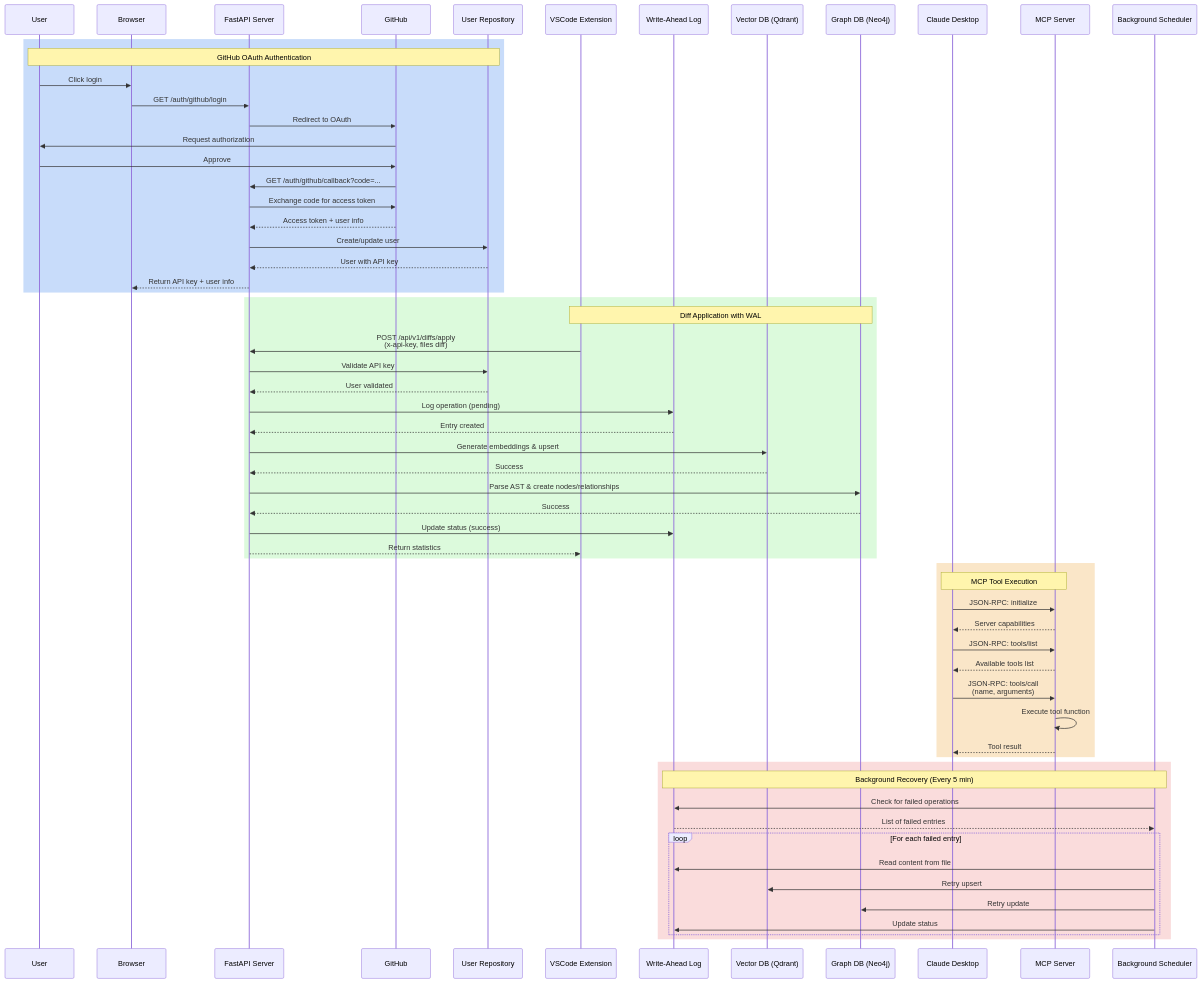
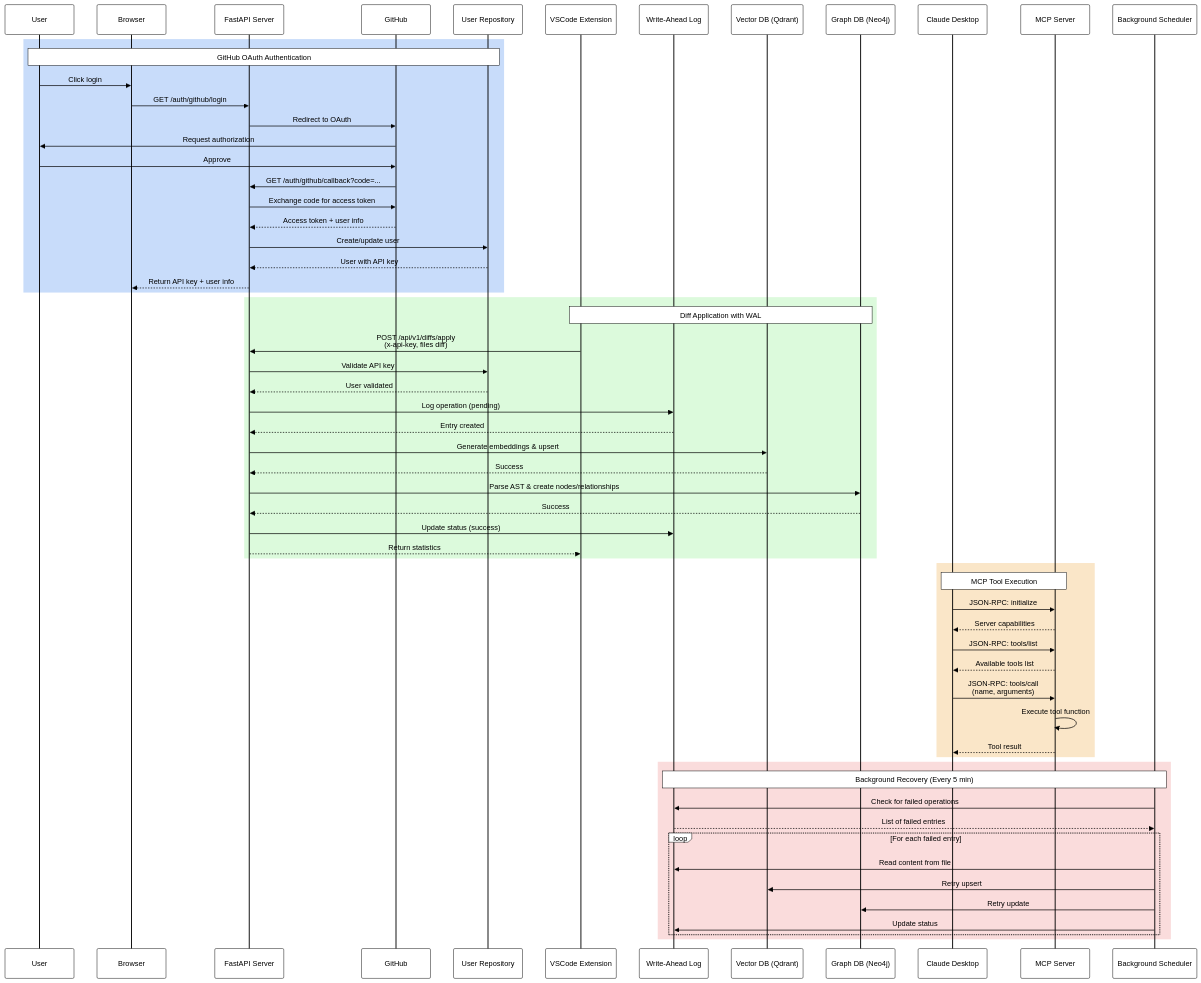
Before and after one commit to KONKUK-CLOG/ai-repo: the first of 2 diagrams in DIAGRAMS.md, drawn with Mermaid. The commit also changed other lines of this file, not shown here.

Commit message:
refactor: class diagram 추가

````diff
--- a/DIAGRAMS.md
+++ b/DIAGRAMS.md
@@ -9,72 +9,73 @@
 ```mermaid
+%%{init: {'theme':'base', 'themeVariables': { 'primaryColor':'#fff', 'primaryTextColor':'#000', 'primaryBorderColor':'#000', 'lineColor':'#000', 'secondaryColor':'#f0f0f0', 'tertiaryColor':'#fff', 'noteTextColor':'#000', 'noteBkgColor':'#fff', 'noteBorderColor':'#000', 'actorTextColor':'#000', 'actorLineColor':'#000', 'signalColor':'#000', 'signalTextColor':'#000', 'labelBoxBkgColor':'#fff', 'labelBoxBorderColor':'#000', 'labelTextColor':'#000', 'loopTextColor':'#000', 'activationBorderColor':'#000', 'activationBkgColor':'#f0f0f0', 'sequenceNumberColor':'#000'}}}%%
 sequenceDiagram
     participant User
     participant Browser
     participant FastAPI as FastAPI Server
     participant GitHub
     participant UserRepo as User Repository
     participant Client as VSCode Extension
     participant WAL as Write-Ahead Log
     participant VectorDB as Vector DB (Qdrant)
     participant GraphDB as Graph DB (Neo4j)
     participant Claude as Claude Desktop
     participant MCP as MCP Server
     participant Scheduler as Background Scheduler
 
     %% GitHub OAuth Authentication Flow
     rect rgb(200, 220, 250)
         Note over User,UserRepo: GitHub OAuth Authentication
         User->>Browser: Click login
         Browser->>FastAPI: GET /auth/github/login
         FastAPI->>GitHub: Redirect to OAuth
         GitHub->>User: Request authorization
         User->>GitHub: Approve
         GitHub->>FastAPI: GET /auth/github/callback?code=...
         FastAPI->>GitHub: Exchange code for access token
         GitHub-->>FastAPI: Access token + user info
         FastAPI->>UserRepo: Create/update user
         UserRepo-->>FastAPI: User with API key
         FastAPI-->>Browser: Return API key + user info
     end
 
     %% Diff Application with WAL Flow
     rect rgb(220, 250, 220)
         Note over Client,GraphDB: Diff Application with WAL
         Client->>FastAPI: POST /api/v1/diffs/apply<br/>(x-api-key, files diff)
         FastAPI->>UserRepo: Validate API key
         UserRepo-->>FastAPI: User validated
         FastAPI->>WAL: Log operation (pending)
         WAL-->>FastAPI: Entry created
         FastAPI->>VectorDB: Generate embeddings & upsert
         VectorDB-->>FastAPI: Success
         FastAPI->>GraphDB: Parse AST & create nodes/relationships
         GraphDB-->>FastAPI: Success
         FastAPI->>WAL: Update status (success)
         FastAPI-->>Client: Return statistics
     end
 
     %% MCP Tool Execution Flow
     rect rgb(250, 230, 200)
         Note over Claude,MCP: MCP Tool Execution
         Claude->>MCP: JSON-RPC: initialize
         MCP-->>Claude: Server capabilities
         Claude->>MCP: JSON-RPC: tools/list
         MCP-->>Claude: Available tools list
         Claude->>MCP: JSON-RPC: tools/call<br/>(name, arguments)
         MCP->>MCP: Execute tool function
         MCP-->>Claude: Tool result
     end
 
     %% Background Recovery Flow
     rect rgb(250, 220, 220)
         Note over Scheduler,WAL: Background Recovery (Every 5 min)
         Scheduler->>WAL: Check for failed operations
         WAL-->>Scheduler: List of failed entries
         loop For each failed entry
             Scheduler->>WAL: Read content from file
             Scheduler->>VectorDB: Retry upsert
             Scheduler->>GraphDB: Retry update
             Scheduler->>WAL: Update status
         end
     end
 ```
````
